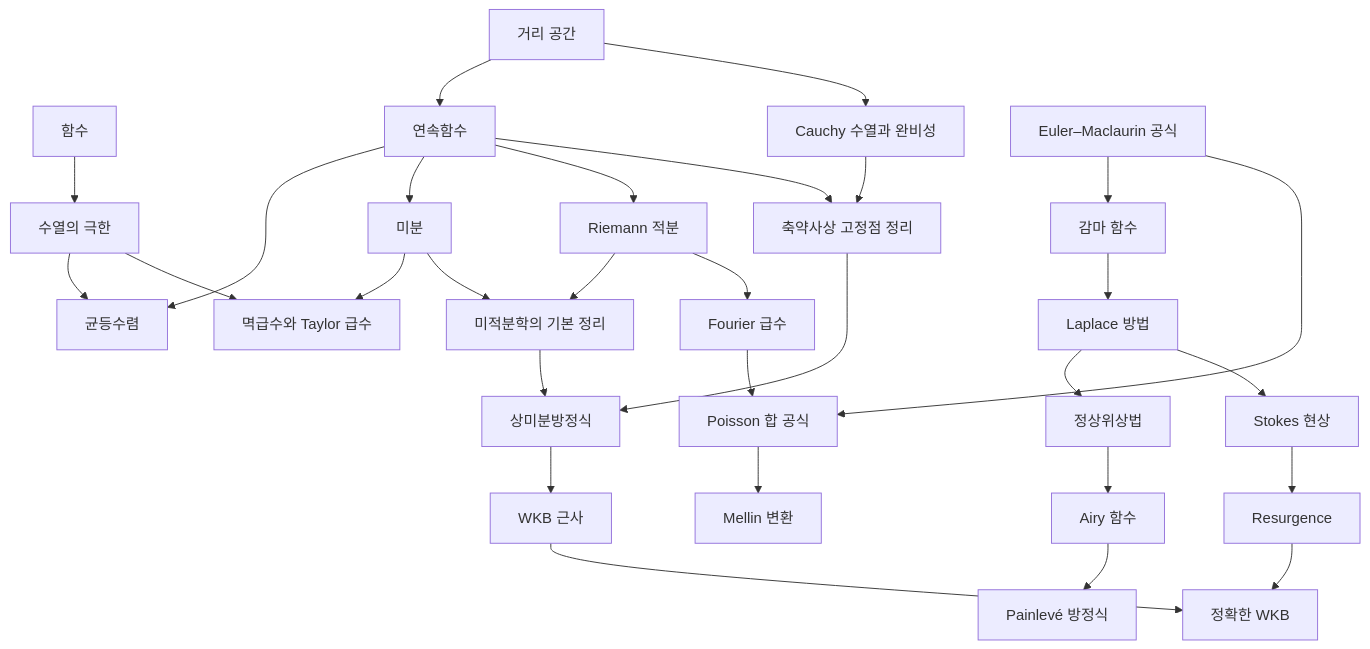
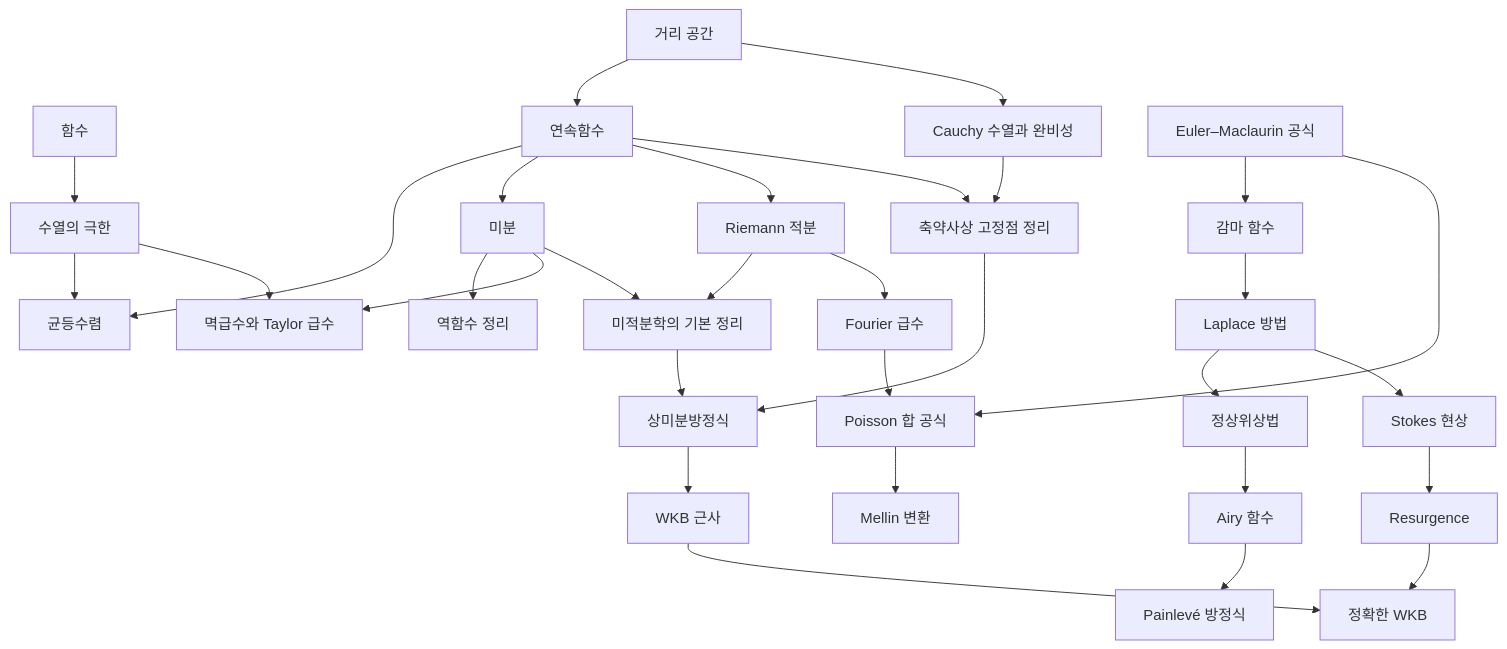
One commit to Phryxia/math-map changed the diagram in docs/analysis-overview.md. Above: the diagram before and after it, drawn with Mermaid. The commit also changed other lines of this file and 3 other files, not shown here.

````diff
--- a/docs/analysis-overview.md
+++ b/docs/analysis-overview.md
@@ -13,32 +13,33 @@
 ```mermaid
 graph TD
   FN["함수"] --> LM["수열의 극한"]
   MS["거리 공간"] --> CT["연속함수"]
   MS --> CM["Cauchy 수열과 완비성"]
   LM --> UC["균등수렴"]
   CT --> UC
   CT --> DV["미분"]
+  DV --> IF["역함수 정리"]
   CT --> RI["Riemann 적분"]
   LM --> PS["멱급수와 Taylor 급수"]
   DV --> PS
   DV --> FC["미적분학의 기본 정리"]
   RI --> FC
   CM --> BF["축약사상 고정점 정리"]
   CT --> BF
   BF --> OD["상미분방정식"]
   FC --> OD
   RI --> FS["Fourier 급수"]
   FS --> PSm["Poisson 합 공식"]
   PSm --> MT["Mellin 변환"]
   EM["Euler–Maclaurin 공식"] --> GM["감마 함수"]
   EM --> PSm
   GM --> LP["Laplace 방법"]
   LP --> SP["정상위상법"]
   LP --> ST["Stokes 현상"]
   ST --> RS["Resurgence"]
   SP --> AF["Airy 함수"]
   AF --> PE["Painlevé 방정식"]
   OD --> WK["WKB 근사"]
   WK --> EW["정확한 WKB"]
   RS --> EW
 ```
````
